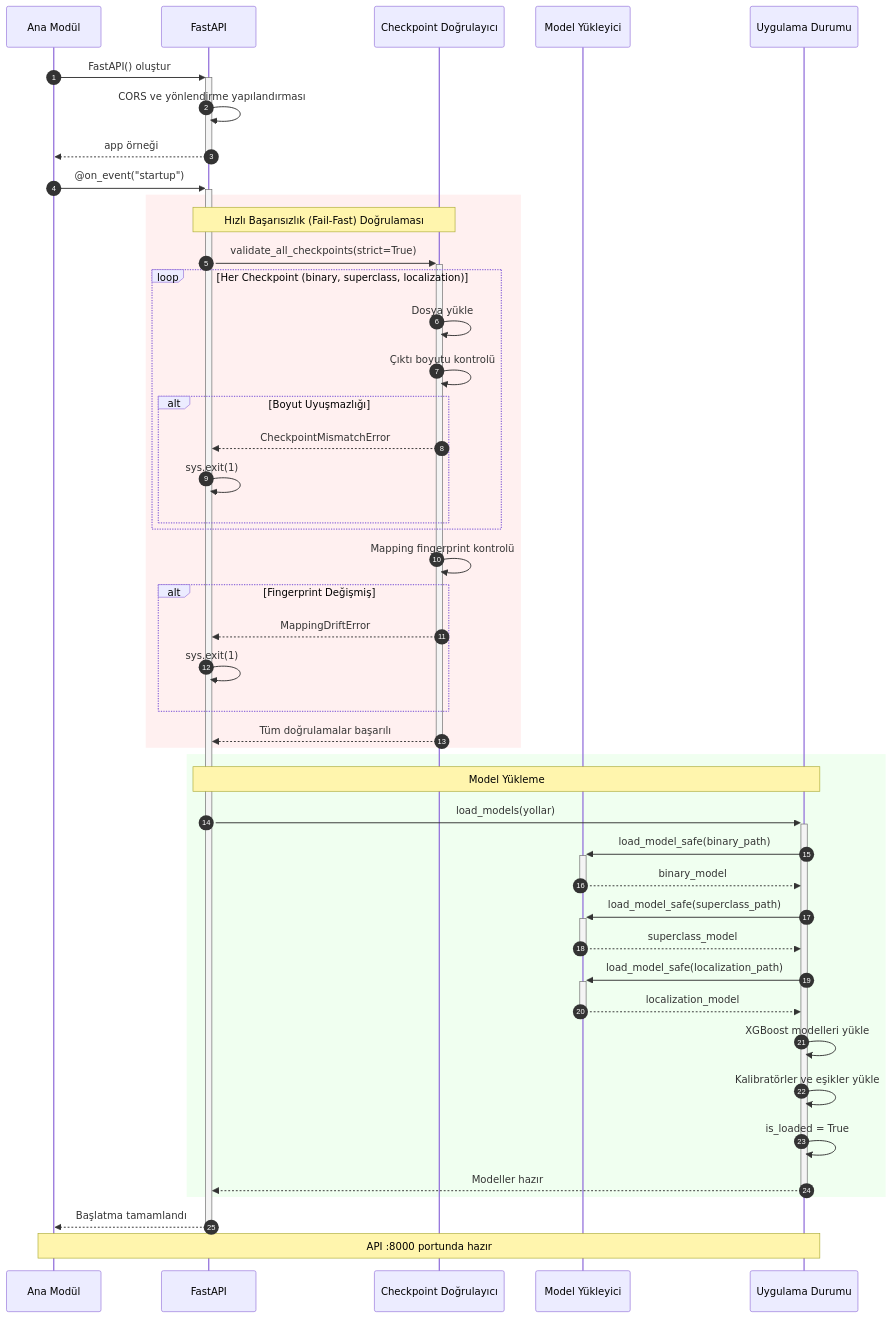
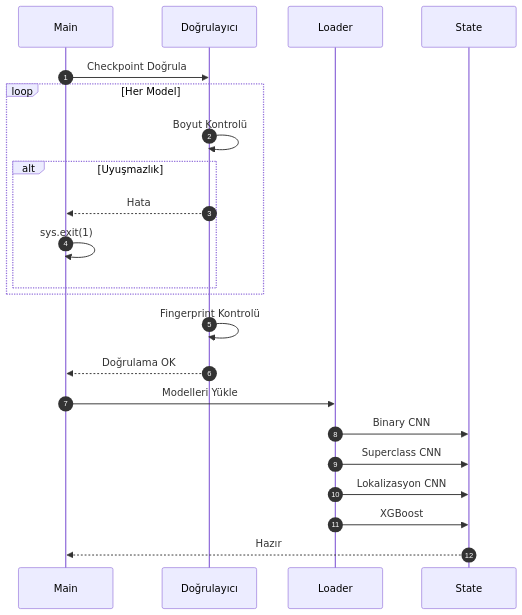
One commit to mUsaulug/CardioGuard-AI changed the second of 9 diagrams in docs/diagrams/06_sequence_diagram.md. Above: the diagram before and after it, drawn with Mermaid. The commit also changed other lines of this file and 5 other files, not shown here.

````diff
--- a/docs/diagrams/06_sequence_diagram.md
+++ b/docs/diagrams/06_sequence_diagram.md
@@ -104,61 +78,29 @@
 ```mermaid
 sequenceDiagram
     autonumber
-    participant Main as Ana Modül
-    participant App as FastAPI
-    participant Validator as Checkpoint Doğrulayıcı
-    participant Loader as Model Yükleyici
-    participant State as Uygulama Durumu
+    participant Main
+    participant Val as Doğrulayıcı
+    participant Loader
+    participant State
     
-    Main->>+App: FastAPI() oluştur
-    App->>App: CORS ve yönlendirme yapılandırması
-    App-->>-Main: app örneği
+    Main->>Val: Checkpoint Doğrula
     
-    Main->>+App: @on_event("startup")
-    
-    rect rgb(255, 240, 240)
-        Note over App, Validator: Hızlı Başarısızlık (Fail-Fast) Doğrulaması
-        App->>+Validator: validate_all_checkpoints(strict=True)
-        
-        loop Her Checkpoint (binary, superclass, localization)
-            Validator->>Validator: Dosya yükle
-            Validator->>Validator: Çıktı boyutu kontrolü
-            alt Boyut Uyuşmazlığı
-                Validator-->>App: CheckpointMismatchError
-                App->>App: sys.exit(1)
-            end
+    loop Her Model
+        Val->>Val: Boyut Kontrolü
+        alt Uyuşmazlık
+            Val-->>Main: Hata
+            Main->>Main: sys.exit(1)
         end
-        
-        Validator->>Validator: Mapping fingerprint kontrolü
-        alt Fingerprint Değişmiş
-            Validator-->>App: MappingDriftError
-            App->>App: sys.exit(1)
-        end
-        
-        Validator-->>-App: Tüm doğrulamalar başarılı
     end
     
-    rect rgb(240, 255, 240)
-        Note over App, State: Model Yükleme
-        App->>+State: load_models(yollar)
-        
-        State->>+Loader: load_model_safe(binary_path)
-        Loader-->>-State: binary_model
-        
-        State->>+Loader: load_model_safe(superclass_path)
-        Loader-->>-State: superclass_model
-        
-        State->>+Loader: load_model_safe(localization_path)
-        Loader-->>-State: localization_model
-        
-        State->>State: XGBoost modelleri yükle
-        State->>State: Kalibratörler ve eşikler yükle
-        
-        State->>State: is_loaded = True
-        State-->>-App: Modeller hazır
-    end
+    Val->>Val: Fingerprint Kontrolü
+    Val-->>Main: Doğrulama OK
     
-    App-->>-Main: Başlatma tamamlandı
+    Main->>Loader: Modelleri Yükle
+    Loader->>State: Binary CNN
+    Loader->>State: Superclass CNN
+    Loader->>State: Lokalizasyon CNN
+    Loader->>State: XGBoost
     
-    Note over Main, State: API :8000 portunda hazır
+    State-->>Main: Hazır
 ```
````
